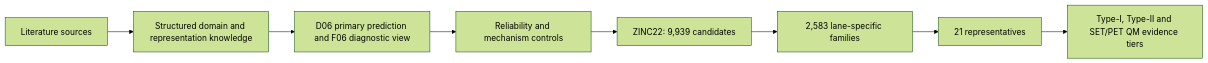
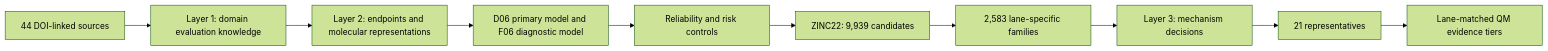
One commit to Shiruo-Yang/2pi-literature-knowledge changed the diagram in README.md. Above: the diagram before and after it, drawn with Mermaid (forest theme). The commit also changed other lines of this file and 5 other files, not shown here.

````diff
--- a/README.md
+++ b/README.md
@@ -7,10 +17,12 @@
 ```mermaid
 flowchart LR
-    A[Literature sources] --> B[Structured domain and representation knowledge]
-    B --> C[D06 primary prediction and F06 diagnostic view]
-    C --> D[Reliability and mechanism controls]
-    D --> E[ZINC22: 9,939 candidates]
-    E --> F[2,583 lane-specific families]
-    F --> G[21 representatives]
-    G --> H[Type-I, Type-II and SET/PET QM evidence tiers]
+    S[44 DOI-linked sources] --> L1[Layer 1: domain evaluation knowledge]
+    L1 --> L2[Layer 2: endpoints and molecular representations]
+    L2 --> M[D06 primary model and F06 diagnostic model]
+    M --> R[Reliability and risk controls]
+    R --> Z[ZINC22: 9,939 candidates]
+    Z --> F[2,583 lane-specific families]
+    F --> L3[Layer 3: mechanism decisions]
+    L3 --> P[21 representatives]
+    P --> Q[Lane-matched QM evidence tiers]
 ```
````
